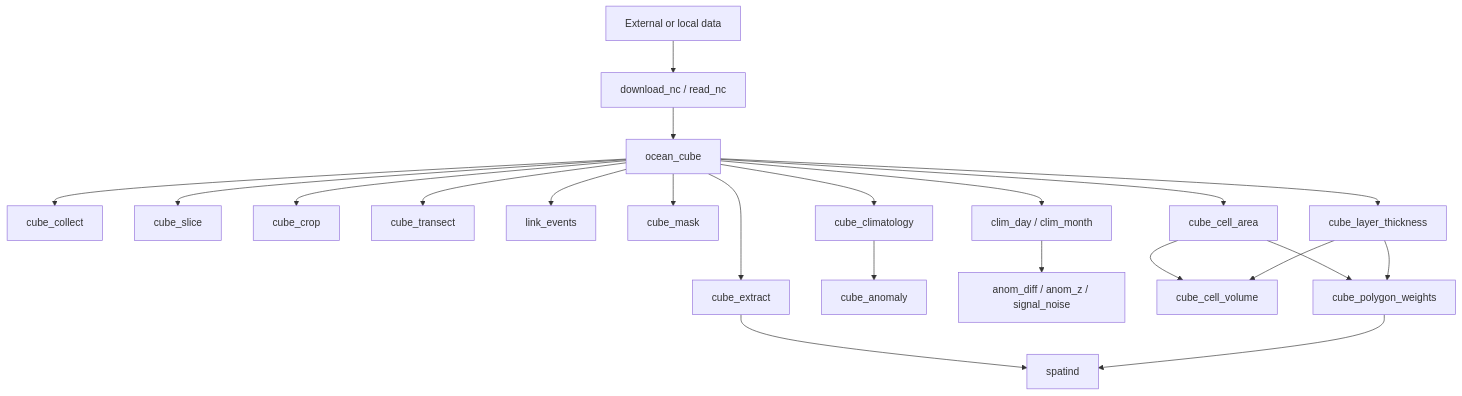
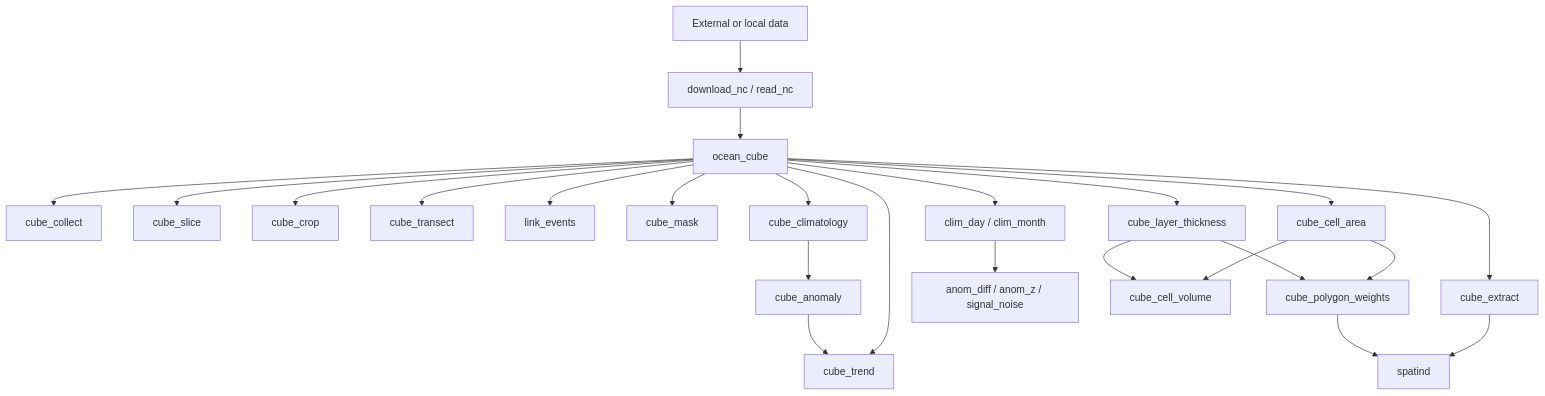
The diagram in handbook/10-workflows.qmd (qselmer/oceancube), drawn with Mermaid before and after one commit. The commit also changed other lines of this file and 20 other files, not shown here.

````diff
--- a/handbook/10-workflows.qmd
+++ b/handbook/10-workflows.qmd
@@ -4,24 +4,26 @@
 ```mermaid
 flowchart TD
 A[External or local data] --> B[download_nc / read_nc]
 B --> C[ocean_cube]
 C --> D[cube_collect]
 C --> E[cube_slice]
 C --> F[cube_crop]
 C --> G[cube_extract]
 C --> H[cube_transect]
 C --> I[link_events]
 C --> J[cube_mask]
 C --> K[cube_climatology]
 K --> L[cube_anomaly]
+C --> T[cube_trend]
+L --> T
 C --> R[clim_day / clim_month]
 R --> S[anom_diff / anom_z / signal_noise]
 C --> M[cube_cell_area]
 C --> N[cube_layer_thickness]
 M --> O[cube_cell_volume]
 N --> O
 M --> P[cube_polygon_weights]
 N --> P
 G --> Q[spatind]
 P --> Q
 ```
````
